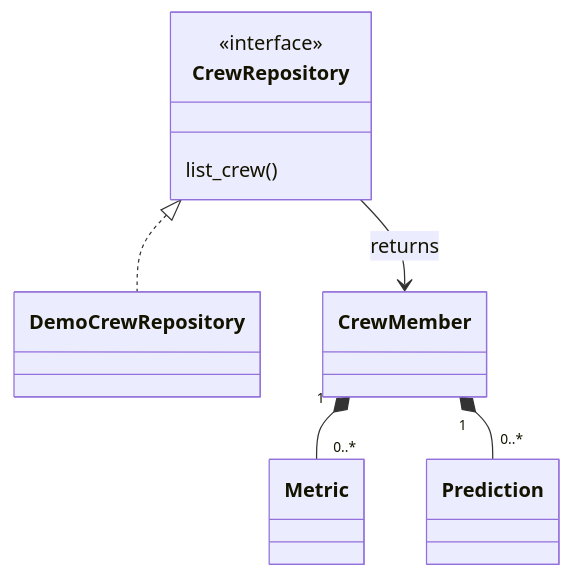
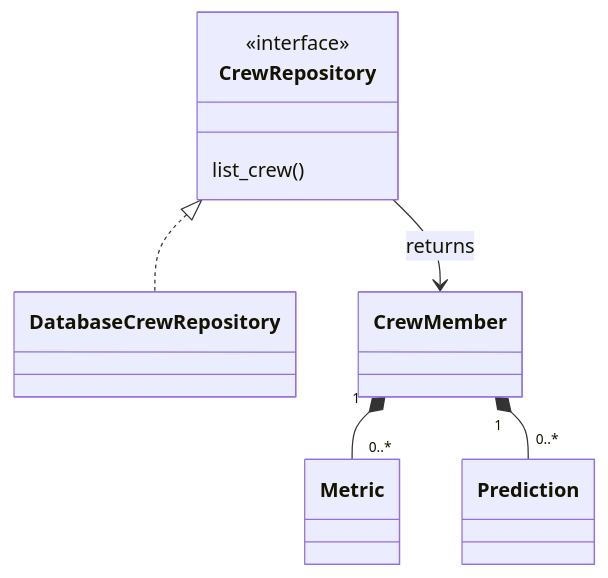
One commit to elibrown/BioNotate changed the diagram in README.md. Above: the diagram before and after it, drawn with Mermaid. The commit also changed other lines of this file and 7 other files, not shown here.

````diff
--- a/README.md
+++ b/README.md
@@ -66,11 +66,11 @@
 ```mermaid
 classDiagram
     class CrewRepository {
         <<interface>>
         list_crew()
     }
-    CrewRepository <|.. DemoCrewRepository
+    CrewRepository <|.. DatabaseCrewRepository
     CrewRepository --> CrewMember : returns
     CrewMember "1" *-- "0..*" Metric
     CrewMember "1" *-- "0..*" Prediction
 ```
````
